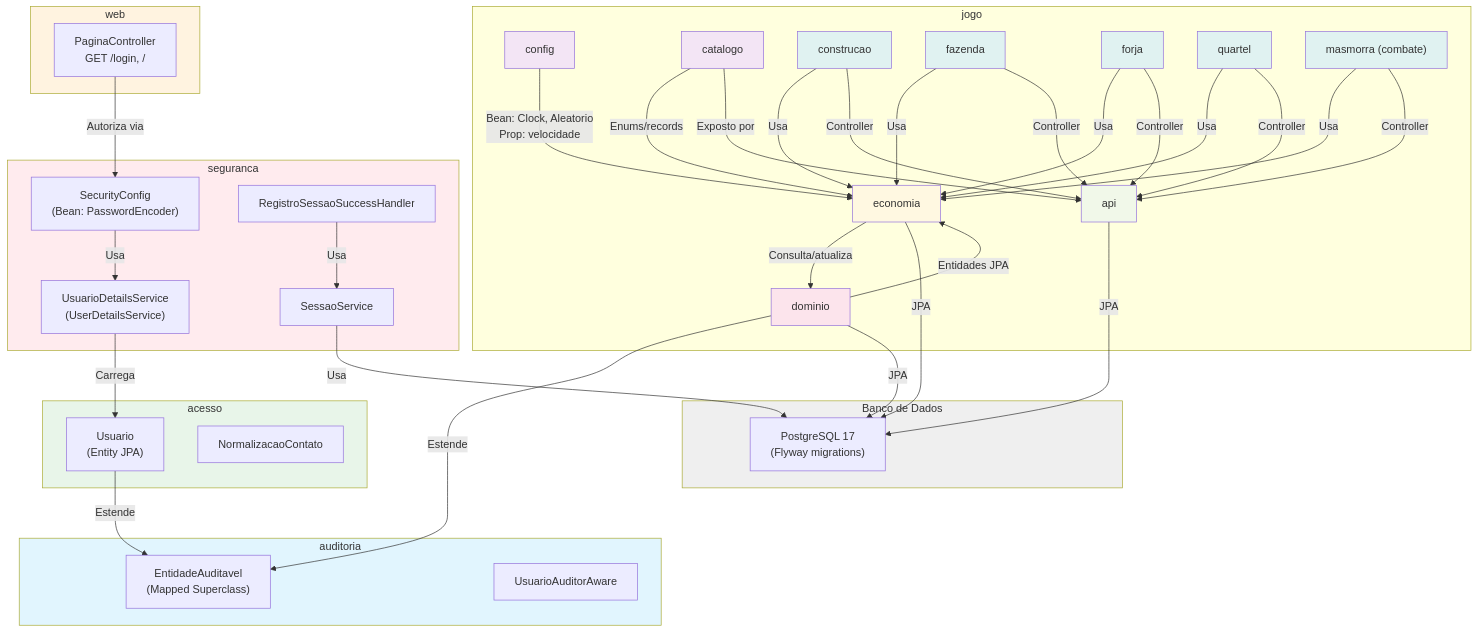
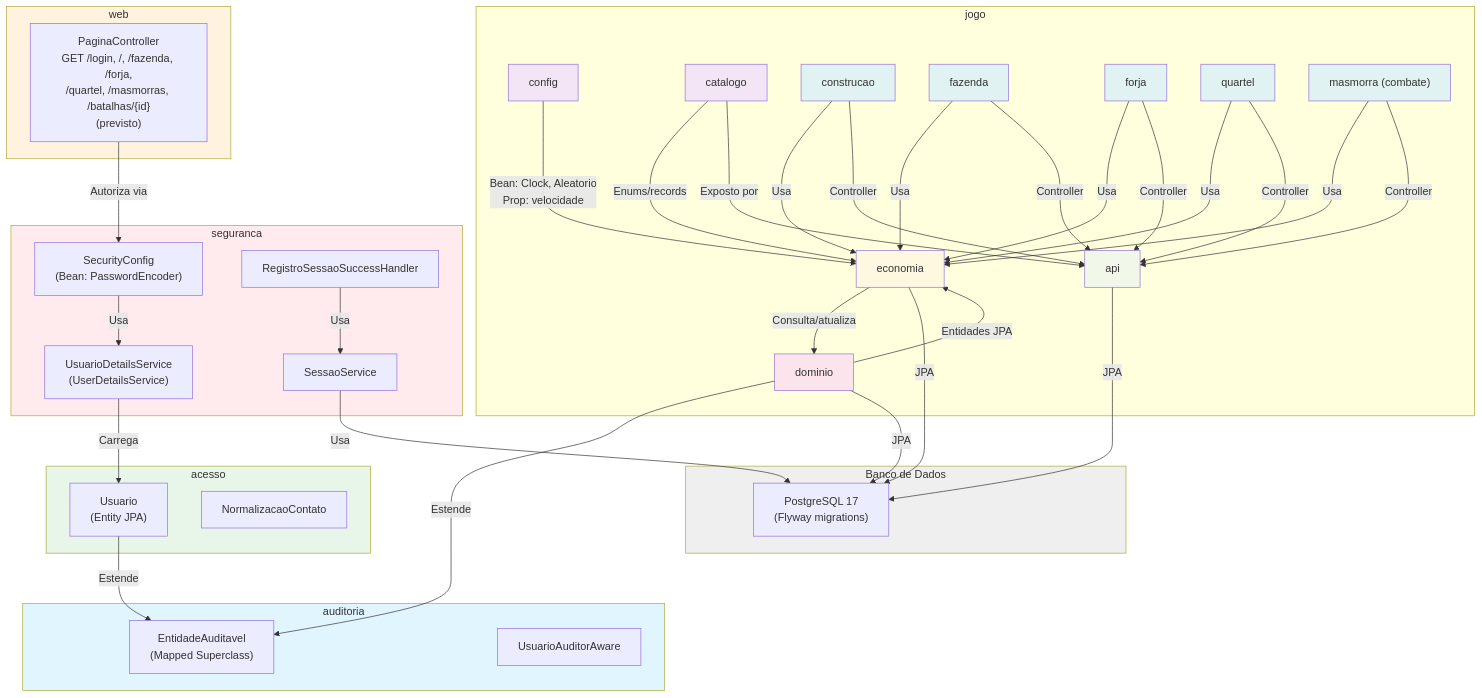
Before and after one commit to adielsantosaraujo/login_base: the fourth of 9 diagrams in docs/04-arquitetura.md, drawn with Mermaid. The commit also changed other lines of this file and 21 other files, not shown here.

```diff
--- a/docs/04-arquitetura.md
+++ b/docs/04-arquitetura.md
@@ -201,7 +230,7 @@
     end
     
     subgraph Web["web"]
-        PC["PaginaController<br/>GET /login, /"]
+        PC["PaginaController<br/>GET /login, /, /fazenda, /forja,<br/>/quartel, /masmorras, /batalhas/{id}<br/>(previsto)"]
     end
     
     subgraph Jogo["jogo"]
```
